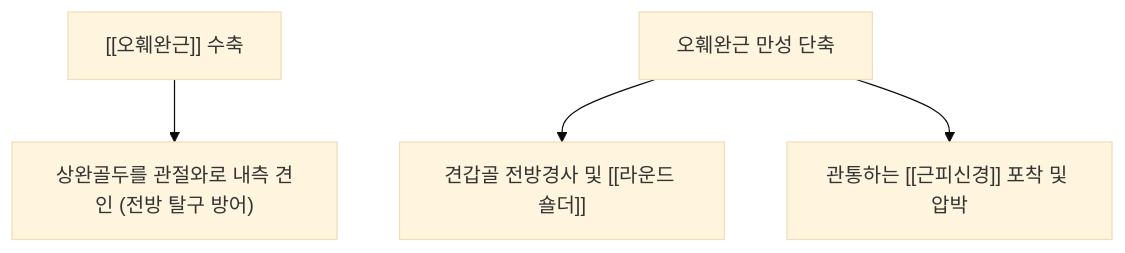
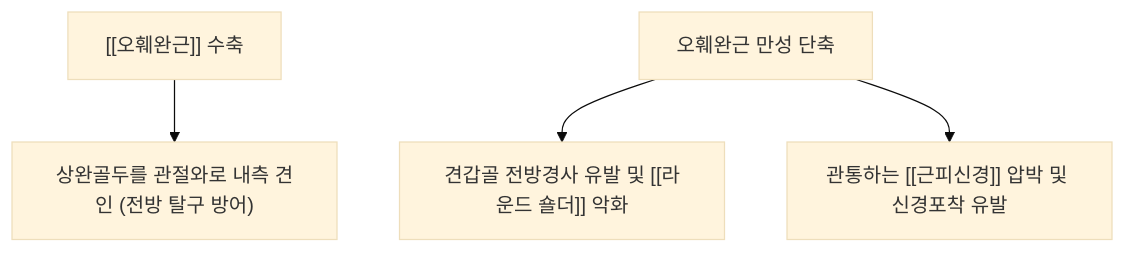
Before and after one commit to simbio11/simbio-digital-garden2: the second of 3 diagrams in content/1. 근골격계 공부/근육/(5) 상완부/오훼완근.md, drawn with Mermaid (base theme). The commit also changed other lines of this file and 150 other files, not shown here.

````diff
--- a/content/1. 근골격계 공부/근육/(5) 상완부/오훼완근.md
+++ b/content/1. 근골격계 공부/근육/(5) 상완부/오훼완근.md
@@ -59,6 +63,6 @@
 ```mermaid
 graph TD
     CoracoContraction["[[오훼완근]] 수축"] --> AntCentration["상완골두를 관절와로 내측 견인 (전방 탈구 방어)"]
-    CoracoTight["오훼완근 만성 단축"] --> ScapularAntTilt["견갑골 전방경사 및 [[라운드 숄더]]"]
-    CoracoTight --> NerveEntrap["관통하는 [[근피신경]] 포착 및 압박"]
+    CoracoTight["오훼완근 만성 단축"] --> ScapularAntTilt["견갑골 전방경사 유발 및 [[라운드 숄더]] 악화"]
+    CoracoTight --> NerveEntrap["관통하는 [[근피신경]] 압박 및 신경포착 유발"]
 ```
````
